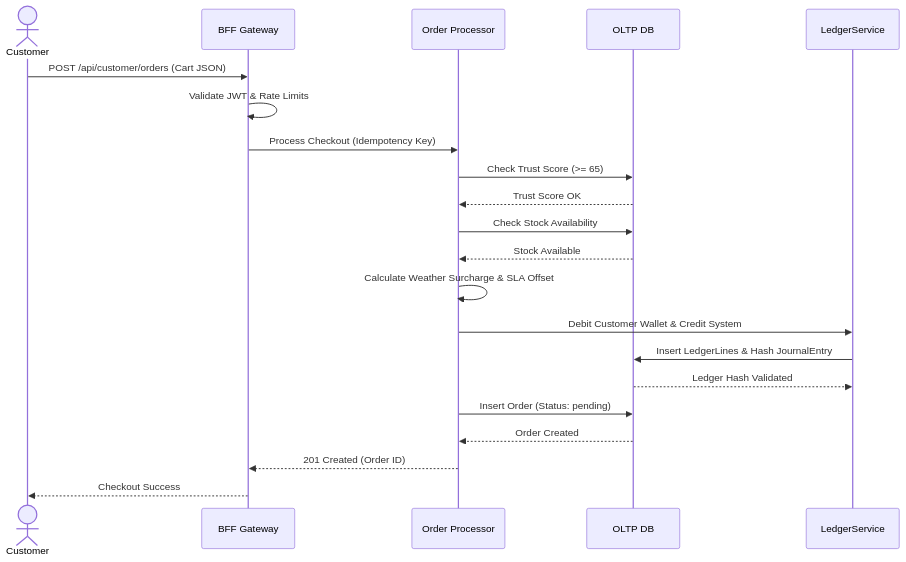
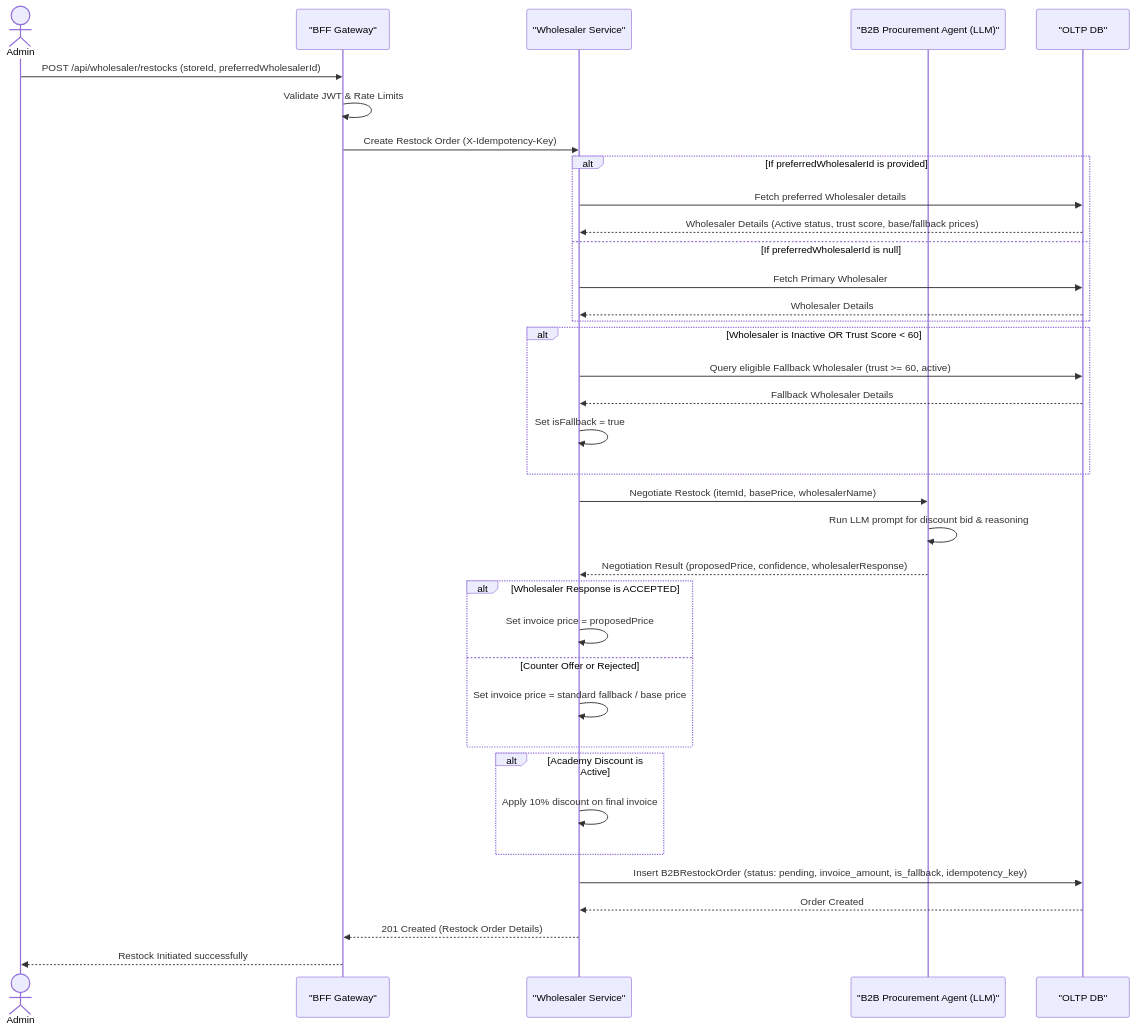
The fifth of 13 diagrams in low_level_design.md (Muneeb7860/Swish_App), drawn with Mermaid before and after one commit. The commit also changed other lines of this file and 25 other files, not shown here.

````diff
--- a/low_level_design.md
+++ b/low_level_design.md
@@ -139,30 +514,46 @@
 ```mermaid
 sequenceDiagram
-    actor Customer
-    participant BFF as BFF Gateway
-    participant OrderSrv as Order Processor
-    participant DB as OLTP DB
-    participant Ledger as LedgerService
+    actor Admin
+    participant BFF as "BFF Gateway"
+    participant WholesalerSrv as "Wholesaler Service"
+    participant Agent as "B2B Procurement Agent (LLM)"
+    participant DB as "OLTP DB"
     
-    Customer->>BFF: POST /api/customer/orders (Cart JSON)
+    Admin->>BFF: POST /api/wholesaler/restocks (storeId, preferredWholesalerId)
     BFF->>BFF: Validate JWT & Rate Limits
-    BFF->>OrderSrv: Process Checkout (Idempotency Key)
+    BFF->>WholesalerSrv: Create Restock Order (X-Idempotency-Key)
     
-    OrderSrv->>DB: Check Trust Score (>= 65)
-    DB-->>OrderSrv: Trust Score OK
+    alt If preferredWholesalerId is provided
+        WholesalerSrv->>DB: Fetch preferred Wholesaler details
+        DB-->>WholesalerSrv: Wholesaler Details (Active status, trust score, base/fallback prices)
+    else If preferredWholesalerId is null
+        WholesalerSrv->>DB: Fetch Primary Wholesaler
+        DB-->>WholesalerSrv: Wholesaler Details
+    end
+
+    alt Wholesaler is Inactive OR Trust Score < 60
+        WholesalerSrv->>DB: Query eligible Fallback Wholesaler (trust >= 60, active)
+        DB-->>WholesalerSrv: Fallback Wholesaler Details
+        WholesalerSrv->>WholesalerSrv: Set isFallback = true
+    end
+
+    WholesalerSrv->>Agent: Negotiate Restock (itemId, basePrice, wholesalerName)
+    Agent->>Agent: Run LLM prompt for discount bid & reasoning
+    Agent-->>WholesalerSrv: Negotiation Result (proposedPrice, confidence, wholesalerResponse)
+
+    alt Wholesaler Response is ACCEPTED
+        WholesalerSrv->>WholesalerSrv: Set invoice price = proposedPrice
+    else Counter Offer or Rejected
+        WholesalerSrv->>WholesalerSrv: Set invoice price = standard fallback / base price
+    end
+
+    alt Academy Discount is Active
+        WholesalerSrv->>WholesalerSrv: Apply 10% discount on final invoice
+    end
+
+    WholesalerSrv->>DB: Insert B2BRestockOrder (status: pending, invoice_amount, is_fallback, idempotency_key)
+    DB-->>WholesalerSrv: Order Created
     
-    OrderSrv->>DB: Check Stock Availability
-    DB-->>OrderSrv: Stock Available
-    
-    OrderSrv->>OrderSrv: Calculate Weather Surcharge & SLA Offset
-    
-    OrderSrv->>Ledger: Debit Customer Wallet & Credit System
-    Ledger->>DB: Insert LedgerLines & Hash JournalEntry
-    DB-->>Ledger: Ledger Hash Validated
-    
-    OrderSrv->>DB: Insert Order (Status: pending)
-    DB-->>OrderSrv: Order Created
-    
-    OrderSrv-->>BFF: 201 Created (Order ID)
-    BFF-->>Customer: Checkout Success
+    WholesalerSrv-->>BFF: 201 Created (Restock Order Details)
+    BFF-->>Admin: Restock Initiated successfully
 ```
````
